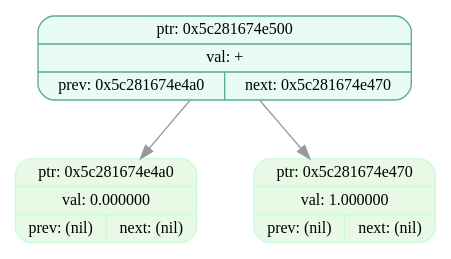
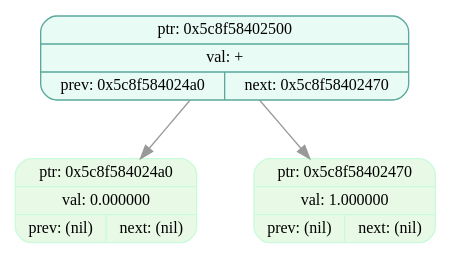
Before and after one commit to EvilTomato9890/Difference: the diagram in dumps/tree_dump_006.dot, drawn with Graphviz. The commit also changed 37 other files, not shown here.

```diff
--- a/dumps/tree_dump_006.dot
+++ b/dumps/tree_dump_006.dot
@@ -1,9 +1,9 @@
 digraph T{
   node [fontname="Fira Mono",shape=record,style="filled,rounded",fontsize=12];
   graph [splines=true, nodesep=0.6, ranksep=0.6];
-  node_0x5c281674e500[shape=record,label="{ {ptr: 0x5c281674e500} | {val: +} | { prev: 0x5c281674e4a0 | next: 0x5c281674e470 } }",color="#5aa99b",fillcolor="#e9fbf5"];
-  node_0x5c281674e4a0[shape=record,label="{ {ptr: 0x5c281674e4a0} | {val: 0.000000} | { prev: (nil) | next: (nil) } }",color="#c9fbdbff",fillcolor="#e8f9e5ff"];
-  node_0x5c281674e470[shape=record,label="{ {ptr: 0x5c281674e470} | {val: 1.000000} | { prev: (nil) | next: (nil) } }",color="#c9fbdbff",fillcolor="#e8f9e5ff"];
-  node_0x5c281674e500 -> node_0x5c281674e4a0 [color="#999999"];
-  node_0x5c281674e500 -> node_0x5c281674e470 [color="#999999"];
+  node_0x5c8f58402500[shape=record,label="{ {ptr: 0x5c8f58402500} | {val: +} | { prev: 0x5c8f584024a0 | next: 0x5c8f58402470 } }",color="#5aa99b",fillcolor="#e9fbf5"];
+  node_0x5c8f584024a0[shape=record,label="{ {ptr: 0x5c8f584024a0} | {val: 0.000000} | { prev: (nil) | next: (nil) } }",color="#c9fbdbff",fillcolor="#e8f9e5ff"];
+  node_0x5c8f58402470[shape=record,label="{ {ptr: 0x5c8f58402470} | {val: 1.000000} | { prev: (nil) | next: (nil) } }",color="#c9fbdbff",fillcolor="#e8f9e5ff"];
+  node_0x5c8f58402500 -> node_0x5c8f584024a0 [color="#999999"];
+  node_0x5c8f58402500 -> node_0x5c8f58402470 [color="#999999"];
 }
```
